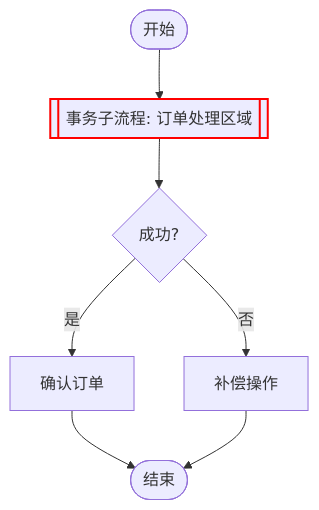
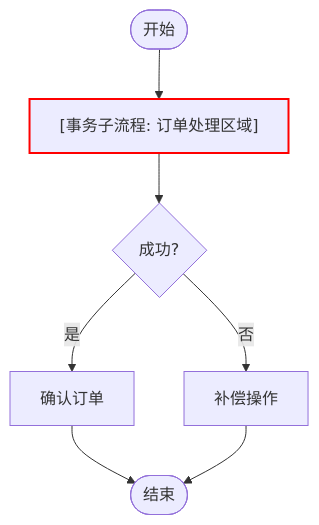
The second of 5 diagrams in docs/rust-ownership-decidability/16-program-semantics/workflow-patterns/25-cancel-region.md (martin-ly/rust-lang), drawn with Mermaid before and after one commit. The commit also changed other lines of this file and 97 other files, not shown here.

````diff
--- a/docs/rust-ownership-decidability/16-program-semantics/workflow-patterns/25-cancel-region.md
+++ b/docs/rust-ownership-decidability/16-program-semantics/workflow-patterns/25-cancel-region.md
@@ -194,10 +193,10 @@
 ```mermaid
 graph TD
-    A([开始]) --> B[[事务子流程: 订单处理区域]]
+    A([开始]) --> B["[事务子流程: 订单处理区域]"]
     B --> C{成功?}
     C -->|是| D[确认订单]
     C -->|否| E[补偿操作]
     D --> F([结束])
     E --> F
     style B stroke:#f00,stroke-width:2px
 ```
````
